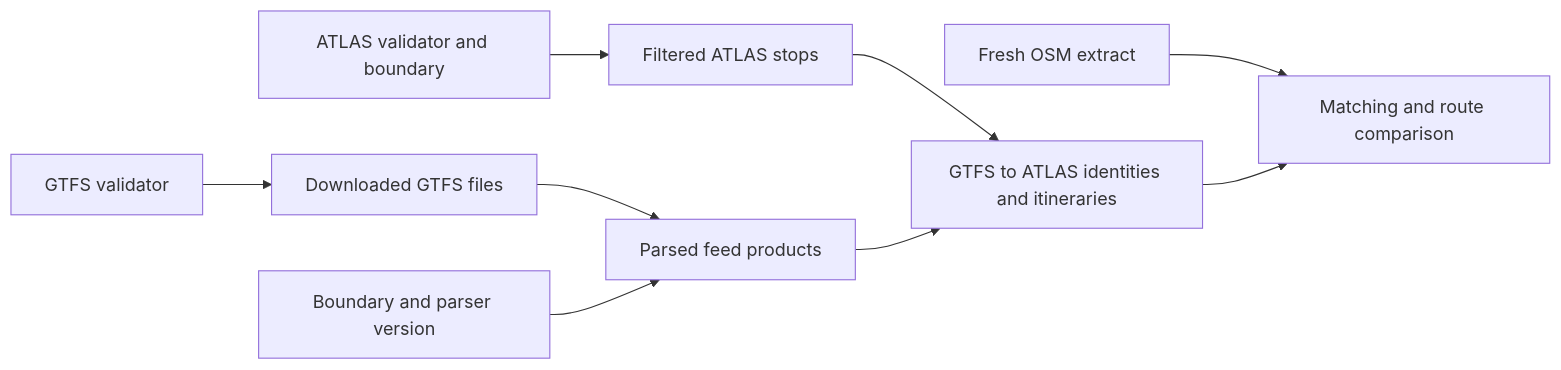
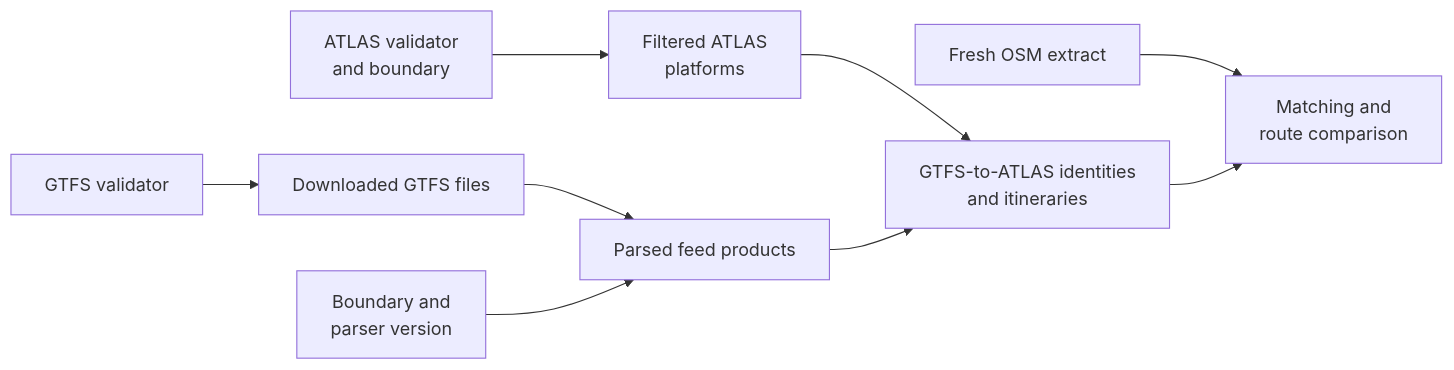
The second of 2 diagrams in documentation/5.2 Pipeline Performance.md (openTdataCH/osm-public-transport-matcher), drawn with Mermaid before and after one commit. The commit also changed other lines of this file and 31 other files, not shown here.

````diff
--- a/documentation/5.2 Pipeline Performance.md
+++ b/documentation/5.2 Pipeline Performance.md
@@ -42,11 +38,11 @@
 ```mermaid
 flowchart LR
-    AR[ATLAS validator and boundary] --> A[Filtered ATLAS stops]
-    GR[GTFS validator] --> G[Downloaded GTFS files]
-    G --> P[Parsed feed products]
-    B[Boundary and parser version] --> P
-    A --> M[GTFS to ATLAS identities and itineraries]
+    AR["ATLAS validator<br/>and boundary"] --> A["Filtered ATLAS<br/>platforms"]
+    GR["GTFS validator"] --> G["Downloaded GTFS files"]
+    G --> P["Parsed feed products"]
+    B["Boundary and<br/>parser version"] --> P
+    A --> M["GTFS-to-ATLAS identities<br/>and itineraries"]
     P --> M
-    O[Fresh OSM extract] --> R[Matching and route comparison]
+    O["Fresh OSM extract"] --> R["Matching and<br/>route comparison"]
     M --> R
 ```
````
